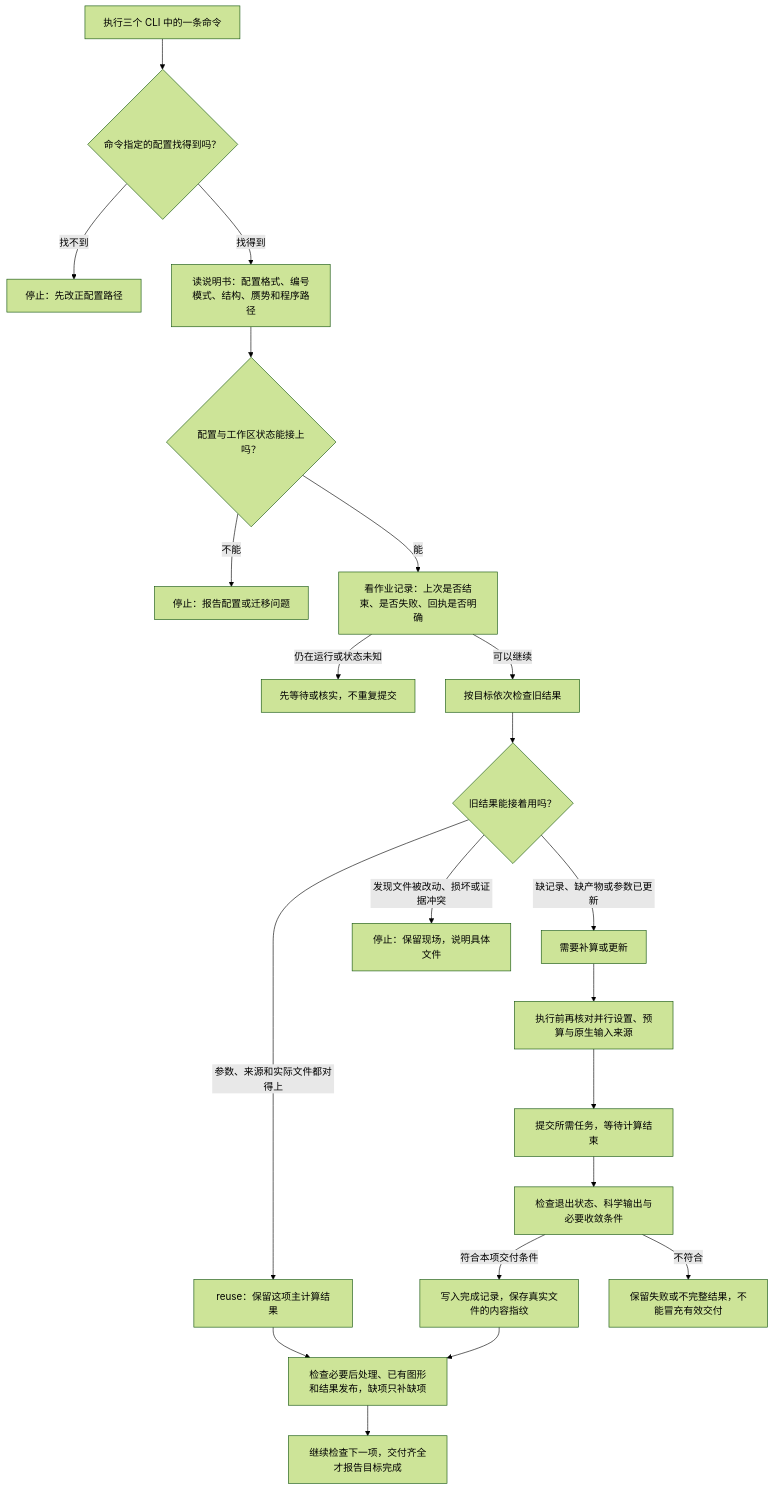
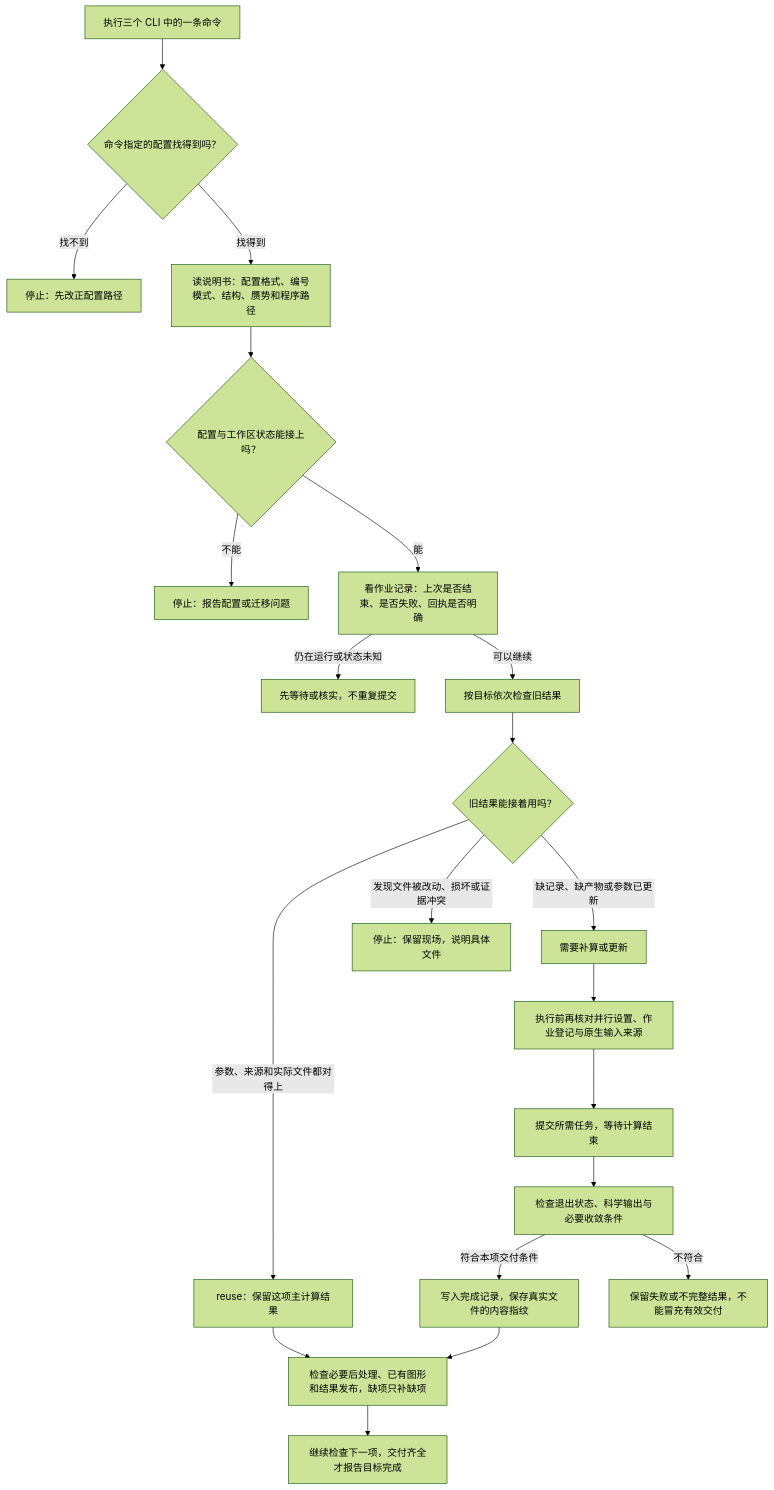
Before and after one commit to JLU-ICCMS-MaYuan/dftflow: the diagram in docs/overview/epwflow/preflight-and-reuse.md, drawn with Mermaid (forest theme). The commit also changed other lines of this file and 43 other files, not shown here.

````diff
--- a/docs/overview/epwflow/preflight-and-reuse.md
+++ b/docs/overview/epwflow/preflight-and-reuse.md
@@ -51,23 +51,23 @@
 ```mermaid
 flowchart TD
     A[执行三个 CLI 中的一条命令] --> B{命令指定的配置找得到吗？}
     B -->|找不到| X[停止：先改正配置路径]
     B -->|找得到| C[读说明书：配置格式、编号模式、结构、赝势和程序路径]
     C --> D{配置与工作区状态能接上吗？}
     D -->|不能| Y[停止：报告配置或迁移问题]
     D -->|能| E[看作业记录：上次是否结束、是否失败、回执是否明确]
     E -->|仍在运行或状态未知| Z[先等待或核实，不重复提交]
     E -->|可以继续| F[按目标依次检查旧结果]
     F --> G{旧结果能接着用吗？}
     G -->|参数、来源和实际文件都对得上| R[reuse：保留这项主计算结果]
     G -->|缺记录、缺产物或参数已更新| U[需要补算或更新]
     G -->|发现文件被改动、损坏或证据冲突| V[停止：保留现场，说明具体文件]
-    U --> H[执行前再核对并行设置、预算与原生输入来源]
+    U --> H[执行前再核对并行设置、作业登记与原生输入来源]
     H --> I[提交所需任务，等待计算结束]
     I --> J[检查退出状态、科学输出与必要收敛条件]
     J -->|符合本项交付条件| K[写入完成记录，保存真实文件的内容指纹]
     J -->|不符合| L[保留失败或不完整结果，不能冒充有效交付]
     R --> P[检查必要后处理、已有图形和结果发布，缺项只补缺项]
     K --> P
     P --> N[继续检查下一项，交付齐全才报告目标完成]
 ```
````
